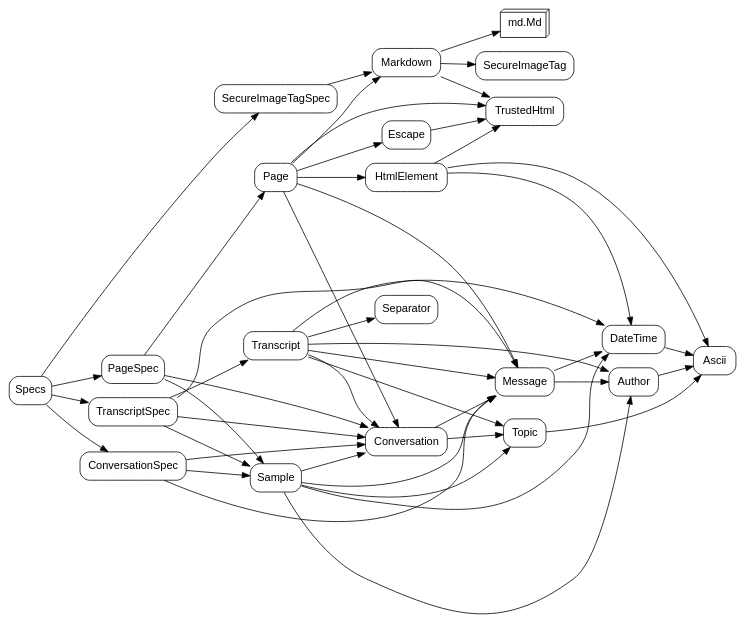
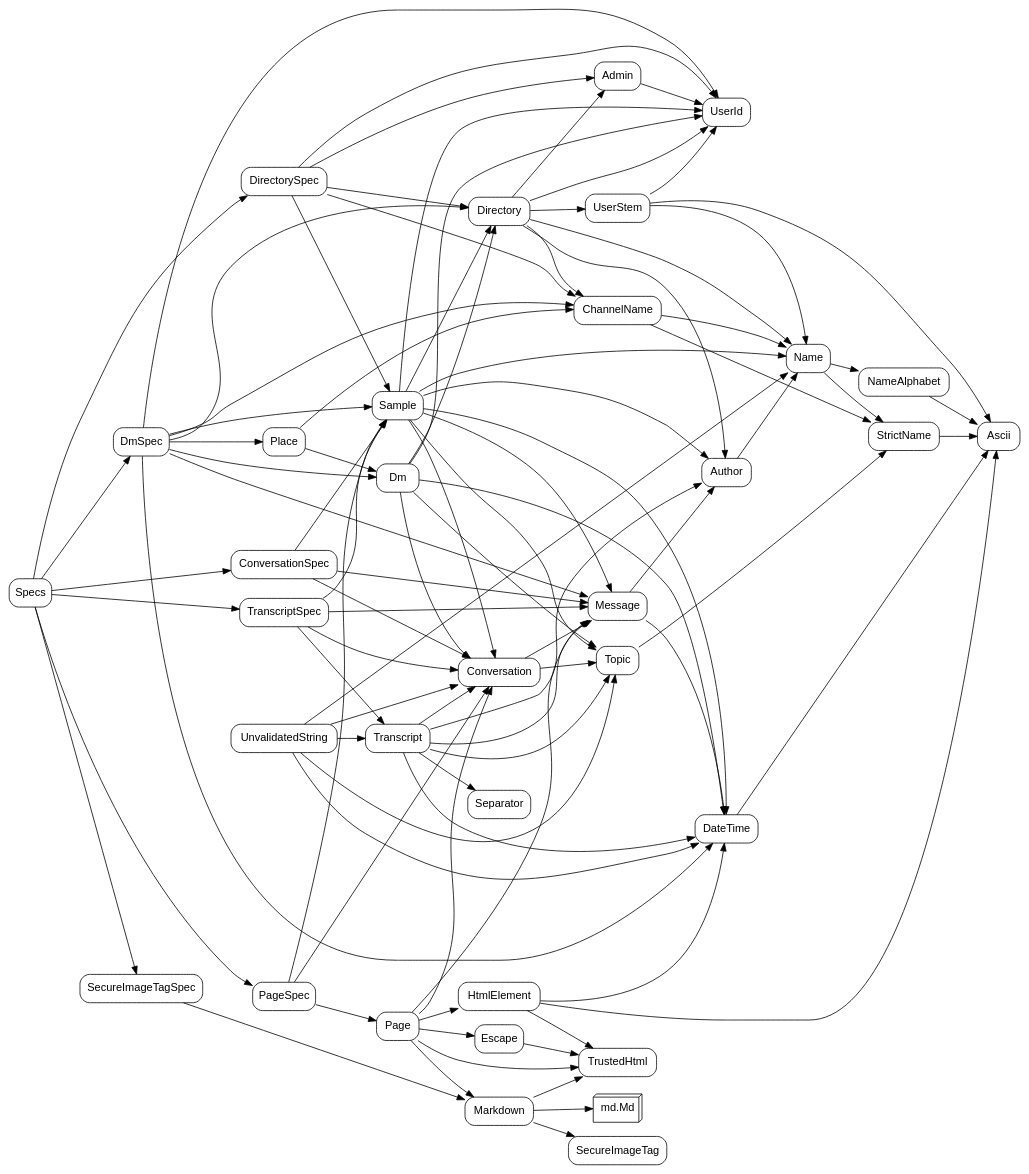
One commit to showell/essay-repl-server changed the first of 2 diagrams in notes/gopher-roc-pictures.md. Above: the diagram before and after it, drawn with Graphviz. The commit also changed other lines of this file and 1 other file, not shown here.

````diff
--- a/notes/gopher-roc-pictures.md
+++ b/notes/gopher-roc-pictures.md
@@ -8,9 +8,14 @@
 digraph modules {
   rankdir=LR;
   node [shape=box, style=rounded, fontname="sans-serif"];
+  "Admin" -> "UserId";
+  "Admin";
   "Ascii";
-  "Author" -> "Ascii";
+  "Author" -> "Name";
   "Author";
+  "ChannelName" -> "Name";
+  "ChannelName" -> "StrictName";
+  "ChannelName";
   "Conversation" -> "Message";
   "Conversation" -> "Topic";
   "Conversation";
@@ -20,6 +25,34 @@
   "ConversationSpec";
   "DateTime" -> "Ascii";
   "DateTime";
+  "Directory" -> "Admin";
+  "Directory" -> "Author";
+  "Directory" -> "ChannelName";
+  "Directory" -> "Name";
+  "Directory" -> "UserId";
+  "Directory" -> "UserStem";
+  "Directory";
+  "DirectorySpec" -> "Admin";
+  "DirectorySpec" -> "ChannelName";
+  "DirectorySpec" -> "Directory";
+  "DirectorySpec" -> "Sample";
+  "DirectorySpec" -> "UserId";
+  "DirectorySpec";
+  "Dm" -> "Conversation";
+  "Dm" -> "DateTime";
+  "Dm" -> "Directory";
+  "Dm" -> "Topic";
+  "Dm" -> "UserId";
+  "Dm";
+  "DmSpec" -> "ChannelName";
+  "DmSpec" -> "Directory";
+  "DmSpec" -> "DateTime";
+  "DmSpec" -> "Dm";
+  "DmSpec" -> "Message";
+  "DmSpec" -> "Place";
+  "DmSpec" -> "Sample";
+  "DmSpec" -> "UserId";
+  "DmSpec";
   "Escape" -> "TrustedHtml";
   "Escape";
   "HtmlElement" -> "Ascii";
@@ -34,6 +67,11 @@
   "Message" -> "Author";
   "Message" -> "DateTime";
   "Message";
+  "Name" -> "NameAlphabet";
+  "Name" -> "StrictName";
+  "Name";
+  "NameAlphabet" -> "Ascii";
+  "NameAlphabet";
   "Page" -> "Conversation";
   "Page" -> "HtmlElement";
   "Page" -> "Escape";
@@ -45,22 +83,32 @@
   "PageSpec" -> "Page";
   "PageSpec" -> "Sample";
   "PageSpec";
+  "Place" -> "ChannelName";
+  "Place" -> "Dm";
+  "Place";
   "Sample" -> "Author";
   "Sample" -> "Conversation";
+  "Sample" -> "Directory";
   "Sample" -> "Message";
   "Sample" -> "DateTime";
+  "Sample" -> "Name";
   "Sample" -> "Topic";
+  "Sample" -> "UserId";
   "Sample";
   "SecureImageTag";
   "SecureImageTagSpec" -> "Markdown";
   "SecureImageTagSpec";
   "Separator";
   "Specs" -> "ConversationSpec";
+  "Specs" -> "DirectorySpec";
+  "Specs" -> "DmSpec";
   "Specs" -> "PageSpec";
   "Specs" -> "SecureImageTagSpec";
   "Specs" -> "TranscriptSpec";
   "Specs";
-  "Topic" -> "Ascii";
+  "StrictName" -> "Ascii";
+  "StrictName";
+  "Topic" -> "StrictName";
   "Topic";
   "Transcript" -> "Author";
   "Transcript" -> "Conversation";
@@ -75,5 +123,16 @@
   "TranscriptSpec" -> "Transcript";
   "TranscriptSpec";
   "TrustedHtml";
+  "UnvalidatedString" -> "Conversation";
+  "UnvalidatedString" -> "DateTime";
+  "UnvalidatedString" -> "Name";
+  "UnvalidatedString" -> "Topic";
+  "UnvalidatedString" -> "Transcript";
+  "UnvalidatedString";
+  "UserId";
+  "UserStem" -> "Ascii";
+  "UserStem" -> "Name";
+  "UserStem" -> "UserId";
+  "UserStem";
 }
 ```
````
